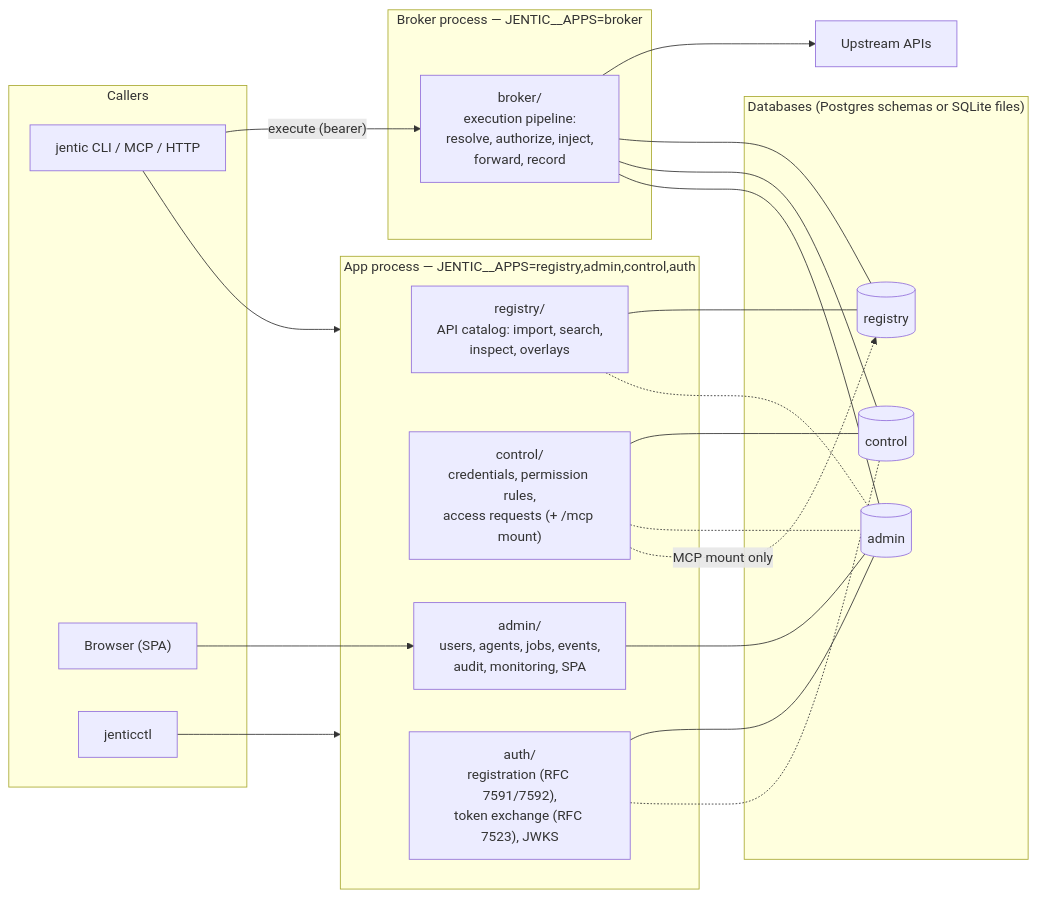
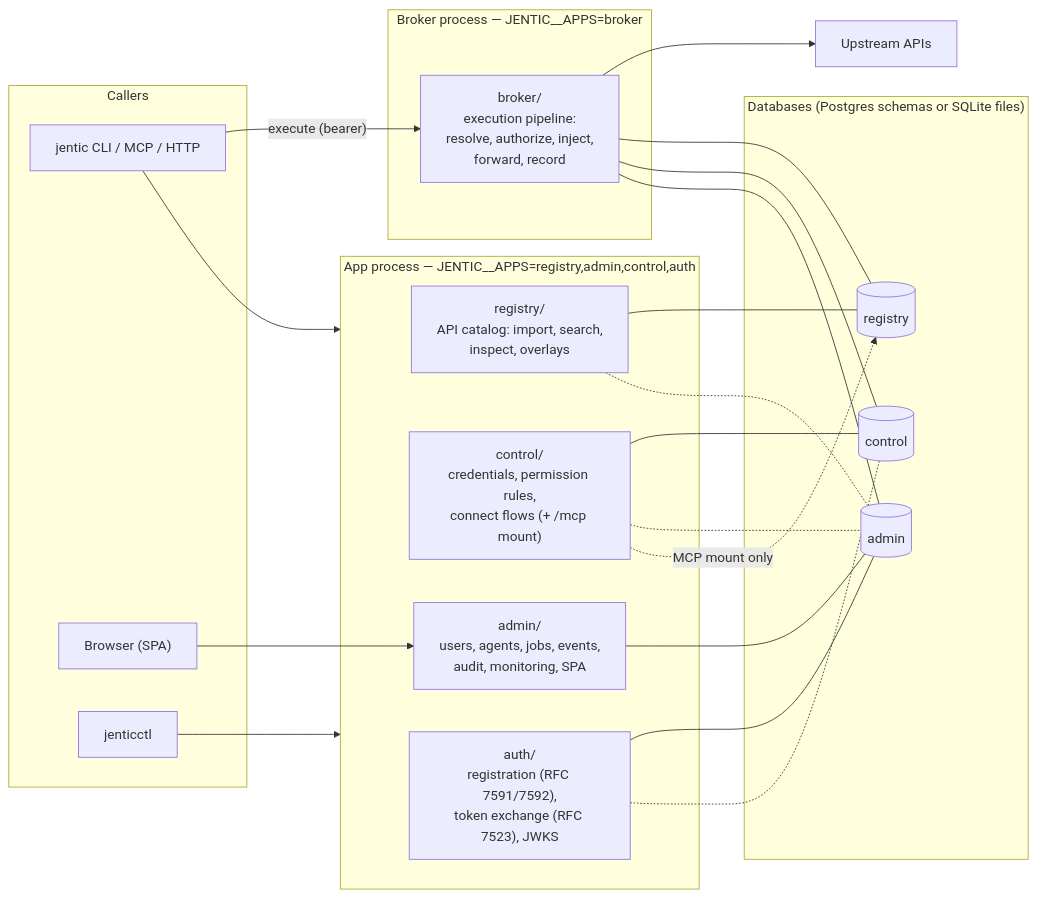
Before and after one commit to jentic/jentic-one: the diagram in docs/architecture/README.md, drawn with Mermaid. The commit also changed other lines of this file and 13 other files, not shown here.

````diff
--- a/docs/architecture/README.md
+++ b/docs/architecture/README.md
@@ -23,45 +23,45 @@
 ```mermaid
 flowchart LR
     subgraph clients [Callers]
         CLI["jentic CLI / MCP / HTTP"]
         UI["Browser (SPA)"]
         CTL["jenticctl"]
     end
 
     subgraph app [App process — JENTIC__APPS=registry,admin,control,auth]
         REG["registry/<br/>API catalog: import, search,<br/>inspect, overlays"]
-        CON["control/<br/>credentials, permission rules,<br/>access requests (+ /mcp mount)"]
+        CON["control/<br/>credentials, permission rules,<br/>connect flows (+ /mcp mount)"]
         ADM["admin/<br/>users, agents, jobs, events,<br/>audit, monitoring, SPA"]
         AUTH["auth/<br/>registration (RFC 7591/7592),<br/>token exchange (RFC 7523), JWKS"]
     end
 
     subgraph broker [Broker process — JENTIC__APPS=broker]
         BRK["broker/<br/>execution pipeline:<br/>resolve, authorize, inject,<br/>forward, record"]
     end
 
     subgraph dbs ["Databases (Postgres schemas or SQLite files)"]
         RDB[("registry")]
         CDB[("control")]
         ADB[("admin")]
     end
 
     UP["Upstream APIs"]
 
     CLI --> app
     UI --> ADM
     CTL --> app
     CLI -- "execute (bearer)" --> BRK
     BRK --> UP
 
     REG --- RDB
     REG -.- ADB
     CON --- CDB
     CON -.- ADB
     CON -.->|"MCP mount only"| RDB
     ADM --- ADB
     AUTH --- ADB
     AUTH -.- CDB
     BRK --- RDB
     BRK --- CDB
     BRK --- ADB
 ```
````
